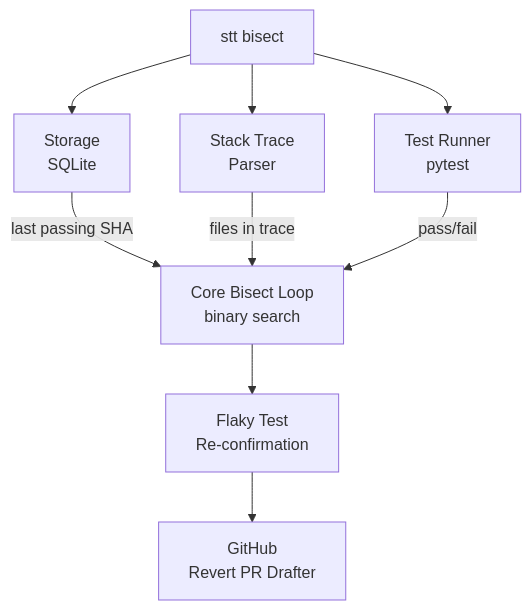
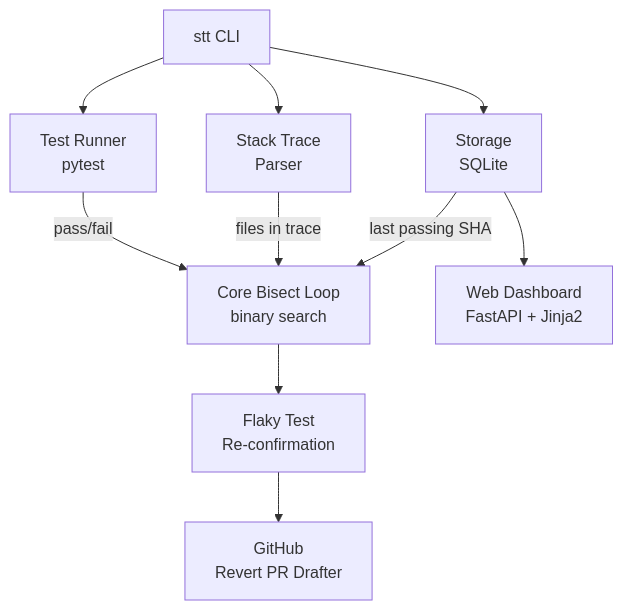
The diagram in README.md (rrathore02/stack-trace-time-machine), drawn with Mermaid before and after one commit. The commit also changed other lines of this file and 1 other file, not shown here.

First line of the commit message:
Document the web dashboard in README + add [web] to CI install

````diff
--- a/README.md
+++ b/README.md
@@ -174,11 +196,12 @@
 ```mermaid
 flowchart TD
-    A[stt bisect] --> B[Storage<br/>SQLite]
+    A[stt CLI] --> B[Storage<br/>SQLite]
     A --> C[Stack Trace<br/>Parser]
     A --> D[Test Runner<br/>pytest]
     B -->|last passing SHA| E[Core Bisect Loop<br/>binary search]
     C -->|files in trace| E
     D -->|pass/fail| E
     E --> F[Flaky Test<br/>Re-confirmation]
     F --> G[GitHub<br/>Revert PR Drafter]
+    B --> H[Web Dashboard<br/>FastAPI + Jinja2]
 ```
````
